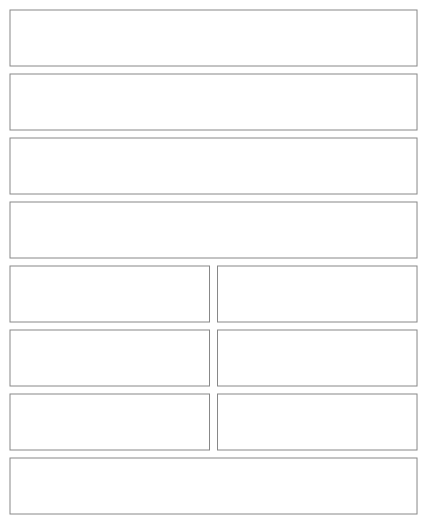
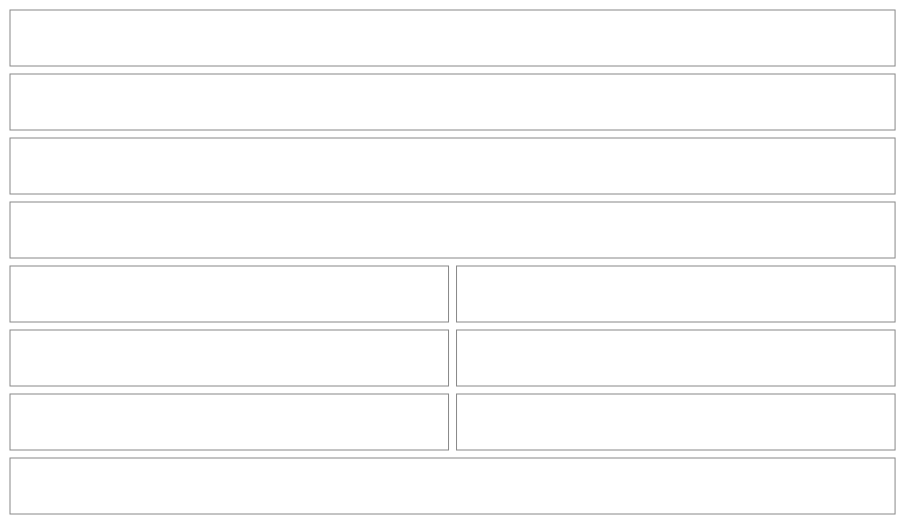
One commit to NovaMoonX/moondreams-dev-apps changed diagram 37 of 55 in src/apps/pinch/UX.md. Above: the diagram before and after it, drawn with Mermaid. The commit also changed other lines of this file and 3 other files, not shown here.

````diff
--- a/src/apps/pinch/UX.md
+++ b/src/apps/pinch/UX.md
@@ -1232,27 +1232,27 @@
 ```mermaid
 %%{init: {'theme': 'base', 'themeVariables': {'primaryColor': 'transparent', 'primaryBorderColor': '#888888', 'primaryTextColor': '#333333', 'lineColor': '#888888'}}}%%
 block-beta
   columns 2
   BK1["Oct 15 – 21"]:2
   BK2["$5.05 so far ⚠<br/>Cost · 2 of 16 ingredients priced"]:2
   BK3["13 ingredients need a price · Add prices   Not now"]:2
   BK3b["Add to shopping list · 9 meals from today on"]:2
   BK4["Today · 3 meals"]:1
   BK5["$0.68+ ›"]:1
   BK6["Tomorrow · 2 meals"]:1
   BK7["$0.23+ ›"]:1
-  BK8["Avg per meal"]:1
+  BK8["Avg per priced meal (only while Show averages is off)"]:1
   BK9["$0.30"]:1
   BK10["Done"]:2
   style BK1 fill:transparent,stroke:#888888,stroke-width:1px;
   style BK2 fill:transparent,stroke:#888888,stroke-width:1px;
   style BK3 fill:transparent,stroke:#888888,stroke-width:1px;
   style BK3b fill:transparent,stroke:#888888,stroke-width:1px;
   style BK4 fill:transparent,stroke:#888888,stroke-width:1px;
   style BK5 fill:transparent,stroke:#888888,stroke-width:1px;
   style BK6 fill:transparent,stroke:#888888,stroke-width:1px;
   style BK7 fill:transparent,stroke:#888888,stroke-width:1px;
   style BK8 fill:transparent,stroke:#888888,stroke-width:1px;
   style BK9 fill:transparent,stroke:#888888,stroke-width:1px;
   style BK10 fill:transparent,stroke:#888888,stroke-width:1px;
 ```
````
